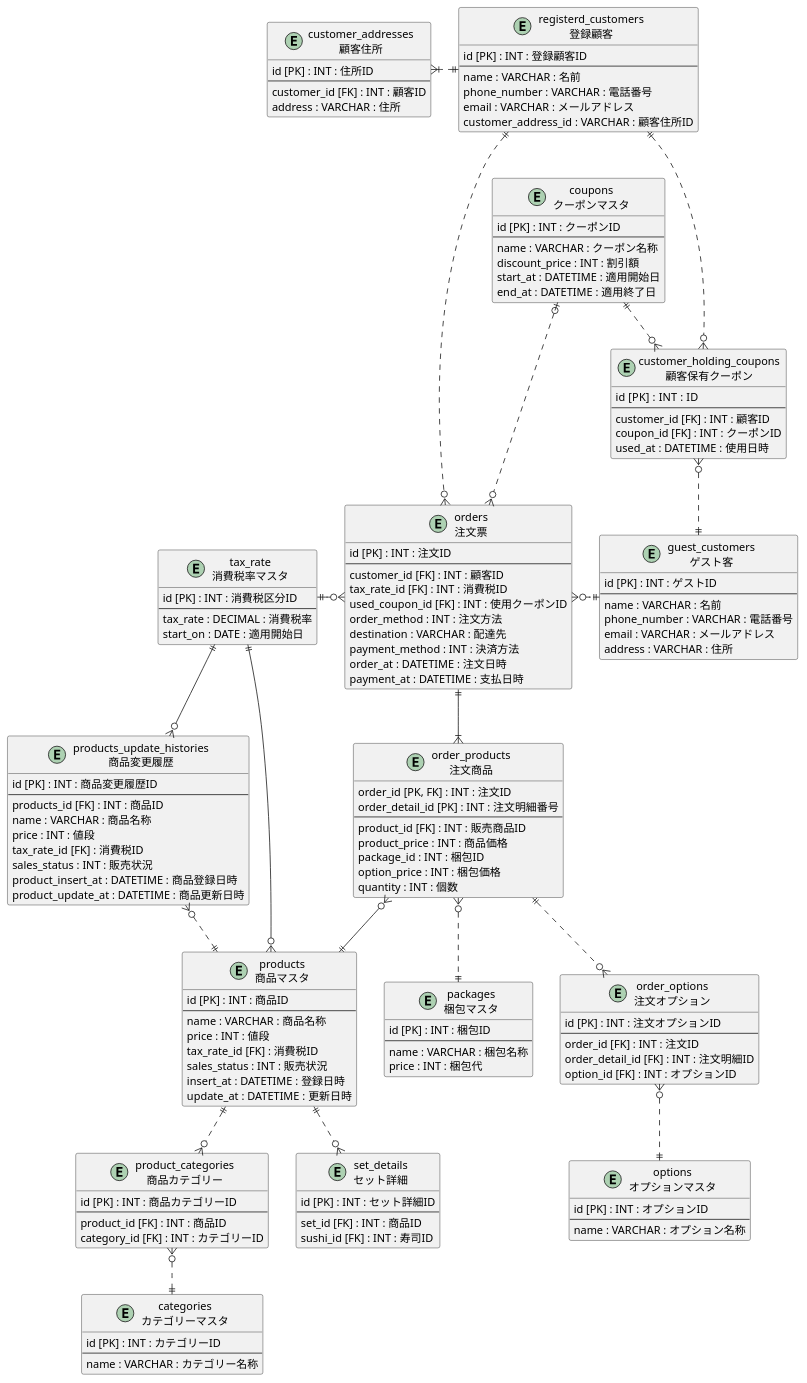
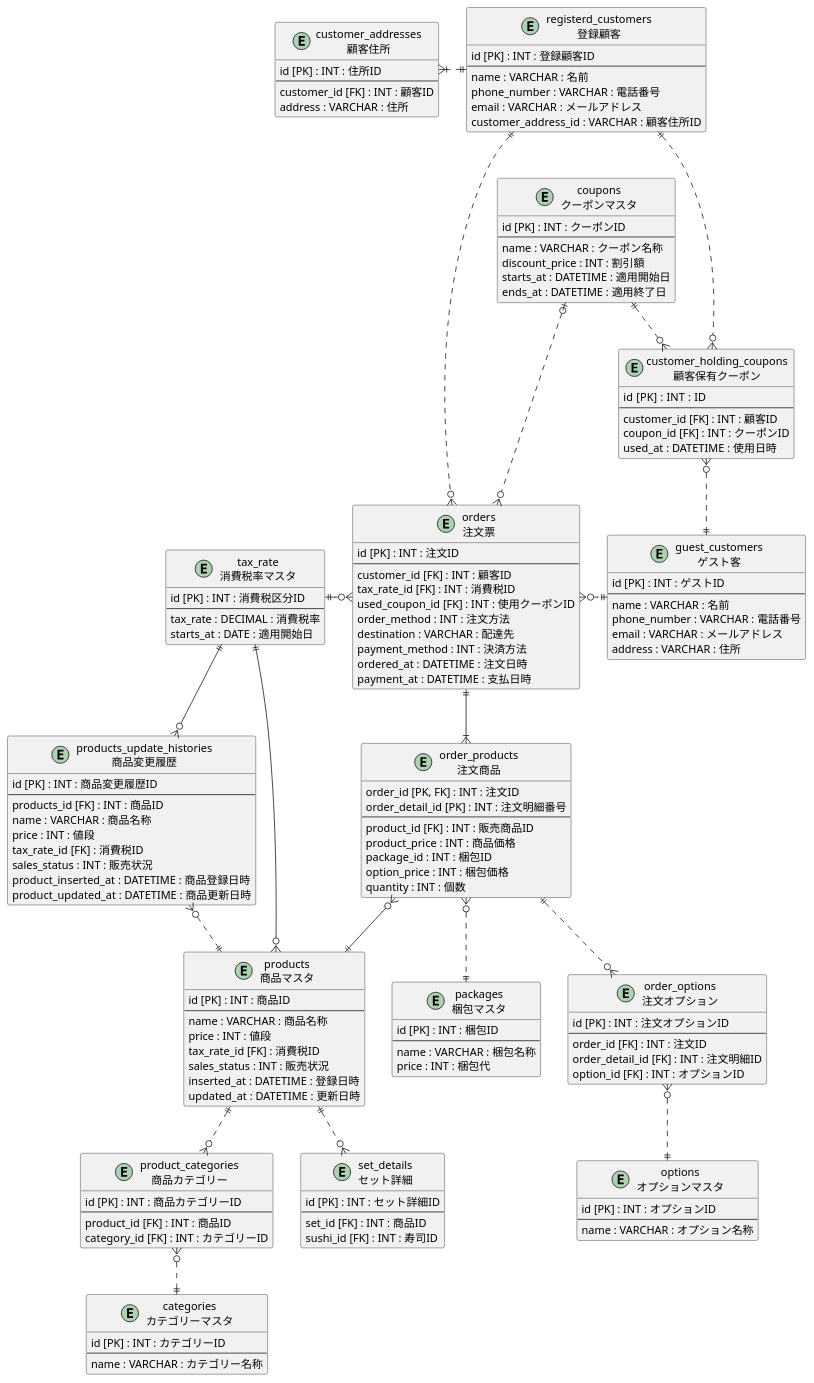
Before and after one commit to praha-inc/praha-challenge-7: the diagram in I84PdeRyF2ApGF/db_modeling01/task_03/db_modeling03.pu, drawn with PlantUML.

Commit message:
[Fix] er-diagram

```diff
--- a/I84PdeRyF2ApGF/db_modeling01/task_03/db_modeling03.pu
+++ b/I84PdeRyF2ApGF/db_modeling01/task_03/db_modeling03.pu
@@ -1,174 +1,174 @@
 @startuml dbModeling1
     Entity "tax_rate\n消費税率マスタ" as tax_rate{
         id [PK] : INT : 消費税区分ID
         --
         tax_rate : DECIMAL : 消費税率
-        start_on : DATE : 適用開始日
+        starts_at : DATE : 適用開始日
     }
 
     Entity "guest_customers\nゲスト客" as f_c {
         id [PK] : INT : ゲストID
         --
         name : VARCHAR : 名前
         phone_number : VARCHAR : 電話番号
         email : VARCHAR : メールアドレス
         address : VARCHAR : 住所
     }
 
     Entity "customer_addresses\n顧客住所" as c_a{
         id [PK] : INT : 住所ID
         --
         customer_id [FK] : INT : 顧客ID
         address : VARCHAR : 住所 
     }
     
     Entity "registerd_customers\n登録顧客" as r_c{
         id [PK] : INT : 登録顧客ID
         --
         name : VARCHAR : 名前
         phone_number : VARCHAR : 電話番号
         email : VARCHAR : メールアドレス
         customer_address_id : VARCHAR : 顧客住所ID
     }
 
     Entity "customer_holding_coupons\n顧客保有クーポン" as c_h_c{
         id [PK] : INT :  ID
         --
         customer_id [FK] : INT : 顧客ID
         coupon_id [FK] : INT : クーポンID
         used_at : DATETIME : 使用日時
     }
 
     Entity "coupons\nクーポンマスタ" as c_m{
         id [PK] : INT : クーポンID
         --
         name : VARCHAR : クーポン名称
         discount_price : INT : 割引額
-        start_at : DATETIME : 適用開始日
-        end_at : DATETIME : 適用終了日
+        starts_at : DATETIME : 適用開始日
+        ends_at : DATETIME : 適用終了日
     }
 
     Entity "orders\n注文票" as orders {
         id [PK] : INT : 注文ID
         --
         customer_id [FK] : INT : 顧客ID
         tax_rate_id [FK] : INT : 消費税ID
         used_coupon_id [FK] : INT : 使用クーポンID
         order_method : INT : 注文方法
         destination : VARCHAR : 配達先
         payment_method : INT : 決済方法
-        order_at : DATETIME : 注文日時
+        ordered_at : DATETIME : 注文日時
         payment_at : DATETIME : 支払日時
     }
 
     Entity "order_products\n注文商品" as order_details {
         order_id [PK, FK] : INT : 注文ID 
         order_detail_id [PK] : INT : 注文明細番号 
         --
         product_id [FK] : INT : 販売商品ID
         product_price : INT : 商品価格
         package_id : INT : 梱包ID 
         option_price : INT : 梱包価格
         quantity : INT : 個数
     }
 
     Entity "order_options\n注文オプション" as options {
         id [PK] : INT : 注文オプションID
         --
         order_id [FK] : INT : 注文ID
         order_detail_id [FK] : INT : 注文明細ID
         option_id [FK] : INT : オプションID
     }
 
     Entity "options\nオプションマスタ" as om{
         id [PK] : INT : オプションID
         --
         name : VARCHAR : オプション名称
     }
 
     Entity "packages\n梱包マスタ" as p_o{
         id [PK] : INT : 梱包ID
         --
         name : VARCHAR : 梱包名称
         price : INT : 梱包代
     }
 
     Entity "products\n商品マスタ" as s_p{
         id [PK] : INT : 商品ID
         --
         name : VARCHAR : 商品名称
         price : INT : 値段
         tax_rate_id [FK] : 消費税ID
         sales_status : INT : 販売状況
-        insert_at : DATETIME : 登録日時
-        update_at : DATETIME : 更新日時
+        inserted_at : DATETIME : 登録日時
+        updated_at : DATETIME : 更新日時
     }
 
     Entity "products_update_histories\n商品変更履歴" as p_h {
         id [PK] : INT : 商品変更履歴ID
         --
         products_id [FK] : INT : 商品ID
         name : VARCHAR : 商品名称
         price : INT : 値段
         tax_rate_id [FK] : 消費税ID
         sales_status : INT : 販売状況
-        product_insert_at : DATETIME : 商品登録日時
-        product_update_at : DATETIME : 商品更新日時
+        product_inserted_at : DATETIME : 商品登録日時
+        product_updated_at : DATETIME : 商品更新日時
     }
 
     Entity "set_details\nセット詳細" as s_d{
         id [PK] : INT : セット詳細ID
         --
         set_id [FK] : INT : 商品ID
         sushi_id [FK] : INT : 寿司ID
     }
 
     Entity "categories\nカテゴリーマスタ" as c {
         id [PK] : INT : カテゴリーID
         --
         name : VARCHAR : カテゴリー名称
     }
 
     Entity "product_categories\n商品カテゴリー" as pc {
         id [PK] : INT : 商品カテゴリーID
         --
         product_id [FK] : INT : 商品ID
         category_id [FK] : INT : カテゴリーID
     }
 
     orders }o..r..|| f_c
     r_c ||....o{ orders
     orders ||-d-|{ order_details
     orders }o-l-|| tax_rate
     order_details }o--|| s_p
     tax_rate ||--o{ s_p
     tax_rate ||--o{ p_h
     s_p ||..o{ pc
     pc }o..|| c
     s_p ||..o{ s_d
     order_details ||..o{ options
     options }o..|| om
     s_p ||..l..o{ p_h 
     order_details }o..|| p_o
     ' p_o ||..o{ p_o_h
     r_c ||..o{ c_h_c
     c_h_c }o..|| f_c
     c_m ||..o{ c_h_c
     c_m |o..o{orders
     c_a }|.r.|| r_c
 
 
     ' * 主キー
     ' + 外部キー
     ' カラム名 : 型 : 説明
 
     ' 1対０また1
     ' A ||--o| B
     ' 1対1
     ' A ||--|| B
     ' 1対0以上
     ' A ||--o{ B
     ' 1対1以上
     ' A ||--|{ B
 
 @enduml
```
